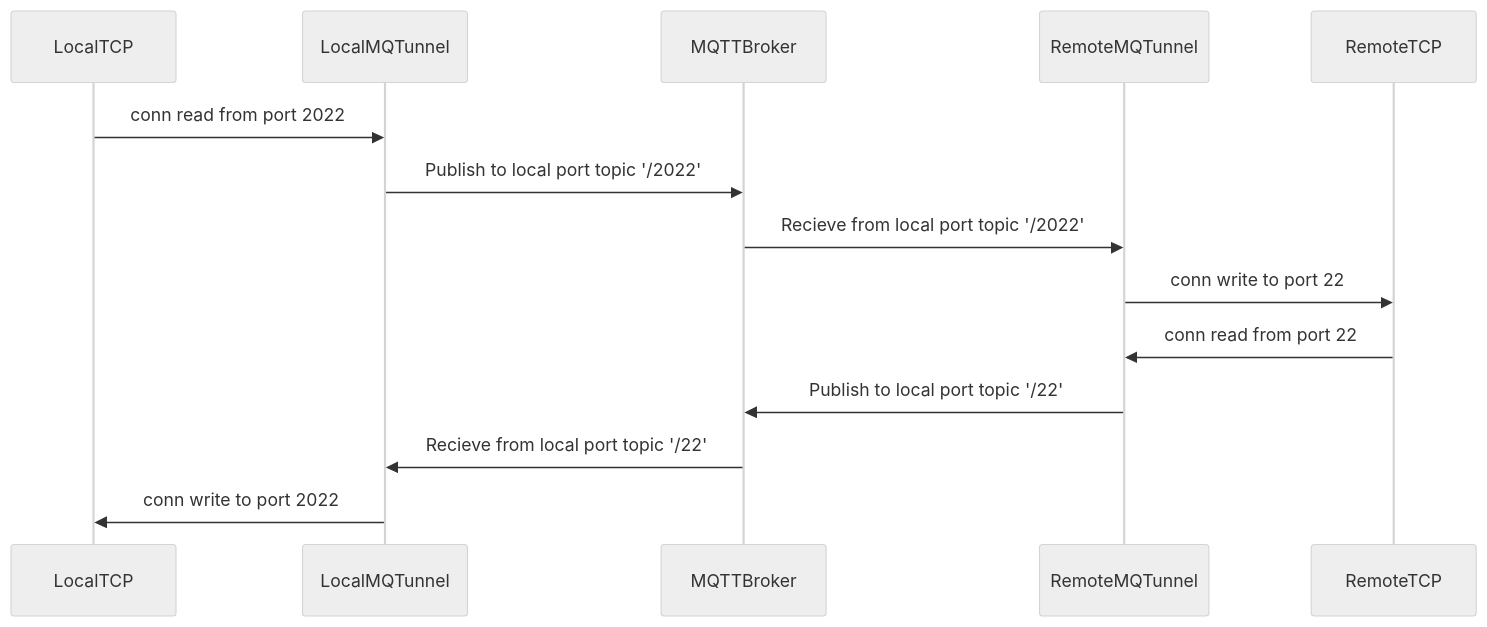
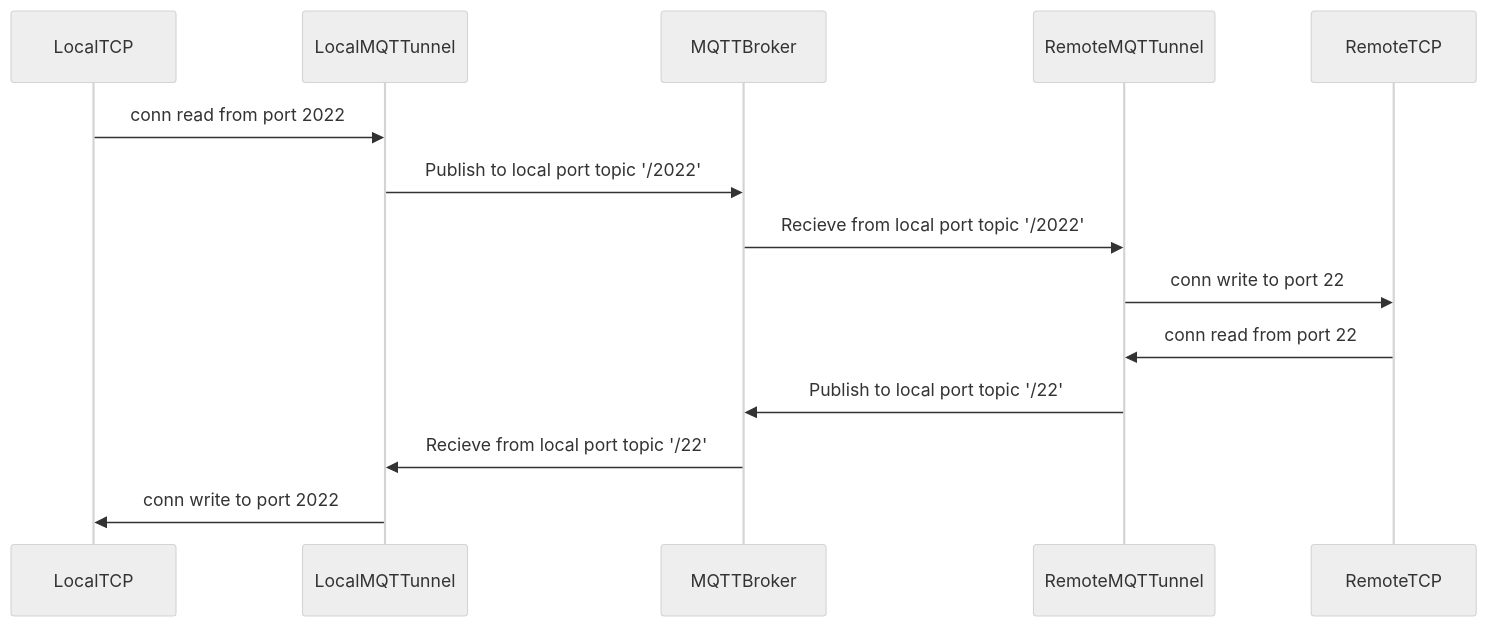
One commit to Staatsgeheim/MQTTunnelNet changed the first of 2 diagrams in README.md. Above: the diagram before and after it, drawn with Mermaid (neutral theme). The commit also changed other lines of this file and 10 other files, not shown here.

````diff
--- a/README.md
+++ b/README.md
@@ -134,12 +183,12 @@
 ```mermaid
 sequenceDiagram
 
-LocalTCP ->> LocalMQTunnel: conn read from port 2022
-LocalMQTunnel ->> MQTTBroker: Publish to local port topic '/2022'
-MQTTBroker ->> RemoteMQTunnel: Recieve from local port topic '/2022'
-RemoteMQTunnel ->> RemoteTCP: conn write to port 22
-RemoteTCP ->> RemoteMQTunnel: conn read from port 22
-RemoteMQTunnel ->> MQTTBroker: Publish to local port topic '/22'
-MQTTBroker ->> LocalMQTunnel: Recieve from local port topic '/22'
-LocalMQTunnel ->> LocalTCP: conn write to port 2022
+LocalTCP ->> LocalMQTTunnel: conn read from port 2022
+LocalMQTTunnel ->> MQTTBroker: Publish to local port topic '/2022'
+MQTTBroker ->> RemoteMQTTunnel: Recieve from local port topic '/2022'
+RemoteMQTTunnel ->> RemoteTCP: conn write to port 22
+RemoteTCP ->> RemoteMQTTunnel: conn read from port 22
+RemoteMQTTunnel ->> MQTTBroker: Publish to local port topic '/22'
+MQTTBroker ->> LocalMQTTunnel: Recieve from local port topic '/22'
+LocalMQTTunnel ->> LocalTCP: conn write to port 2022
 ```
````
